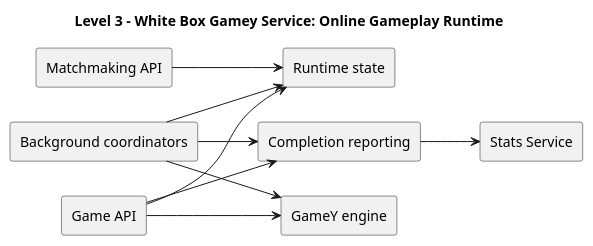
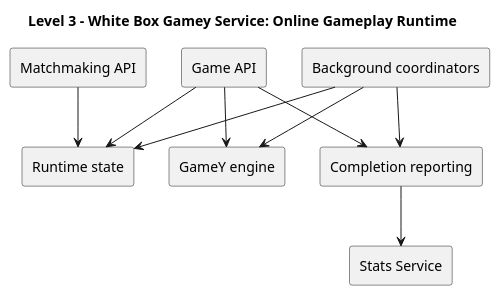
Before and after one commit to Arquisoft/yovi_es4b: the fifth of 5 diagrams in docs/src/05_building_block_view.adoc, drawn with PlantUML. The commit also changed other lines of this file, not shown here.

```diff
--- a/docs/src/05_building_block_view.adoc
+++ b/docs/src/05_building_block_view.adoc
@@ -378,25 +378,30 @@
 [plantuml,"05_level3_online_coordination",png]
 ----
 @startuml
 title Level 3 - White Box Gamey Service: Online Gameplay Runtime
-left to right direction
+top to bottom direction
 skinparam componentStyle rectangle
 
 component "Game API" as Games
 component "Matchmaking API" as MatchApi
 component "Runtime state" as Runtime
 component "Background coordinators" as Workers
 component "GameY engine" as Engine
 component "Completion reporting" as Reporter
 component "Stats Service" as Stats
+
+MatchApi -[hidden]right-> Games
+Games -[hidden]right-> Workers
+Runtime -[hidden]right-> Engine
+Engine -[hidden]right-> Reporter
 
 Games --> Runtime
 Games --> Engine
 MatchApi --> Runtime
 Workers --> Runtime
 Workers --> Engine
 Games --> Reporter
 Workers --> Reporter
 Reporter --> Stats
 @enduml
 ----
```
